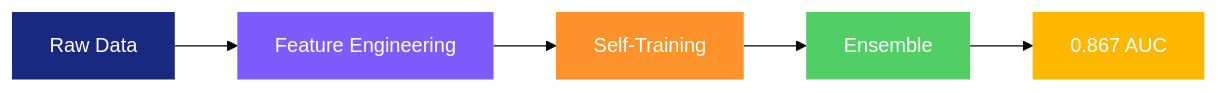
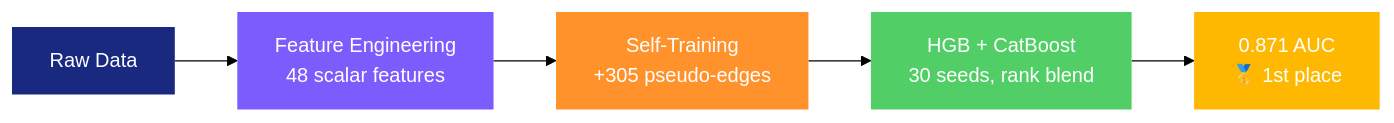
The diagram in README.md (helloelora/graph-data-challenge), drawn with Mermaid (forest theme) before and after one commit. The commit also changed other lines of this file and 7 other files, not shown here.

First line of the commit message:
v24 winning solution: pair-level transductive features (0.87091, 1st place)

````diff
--- a/README.md
+++ b/README.md
@@ -23,13 +23,13 @@
 ```mermaid
 flowchart LR
-    A[Raw Data] --> B[Feature Engineering]
-    B --> C[Self-Training]
-    C --> D[Ensemble]
-    D --> E[0.867 AUC]
+    A[Raw Data] --> B[Feature Engineering<br/>48 scalar features]
+    B --> C[Self-Training<br/>+305 pseudo-edges]
+    C --> D[HGB + CatBoost<br/>30 seeds, rank blend]
+    D --> E[0.871 AUC<br/>🥇 1st place]
 
     style A fill:#1A2980,color:#fff,stroke:none
     style B fill:#7C5CFC,color:#fff,stroke:none
     style C fill:#FF922B,color:#fff,stroke:none
     style D fill:#51CF66,color:#fff,stroke:none
     style E fill:#FFB800,color:#fff,stroke:none
 ```
````
